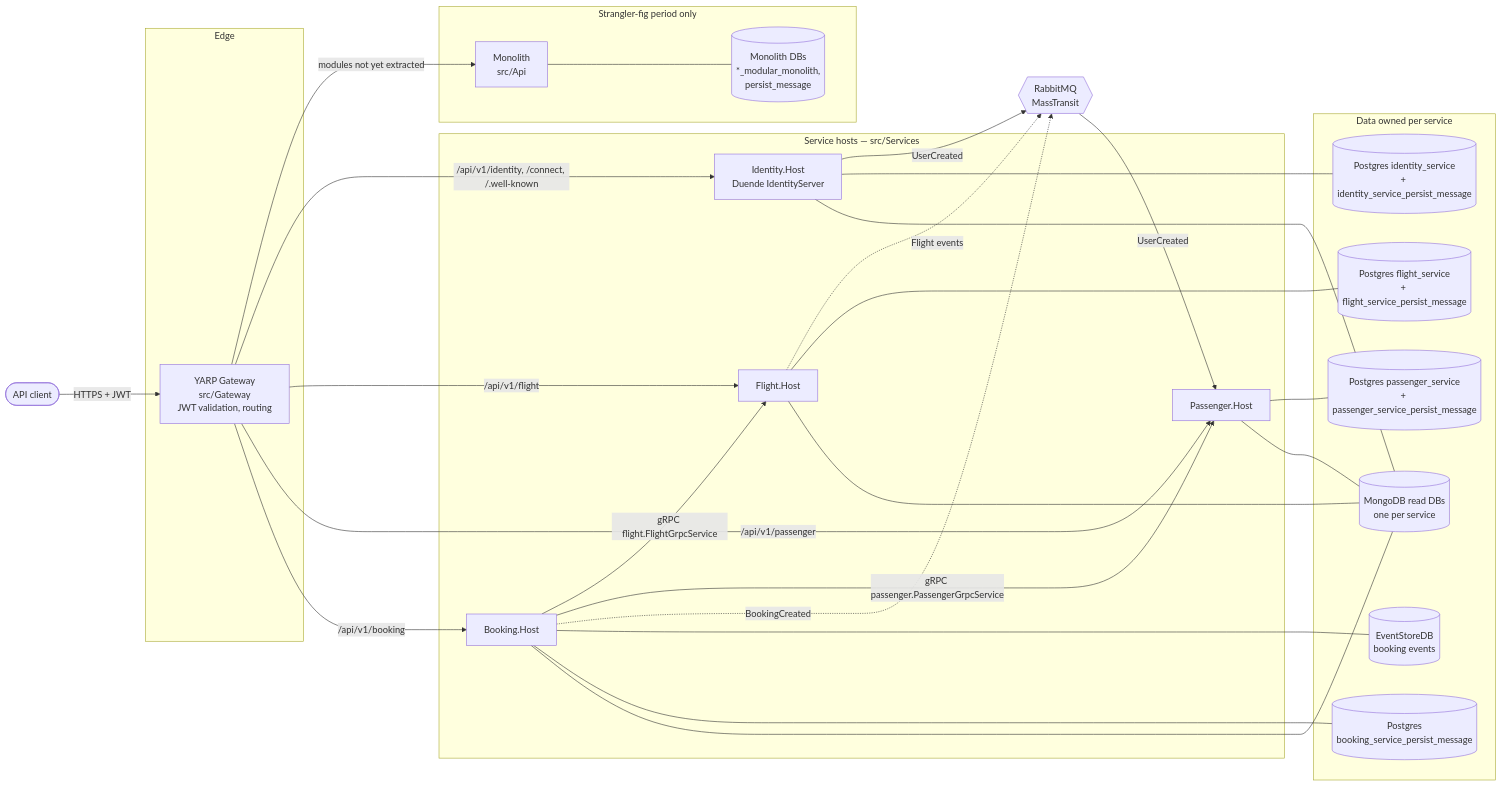
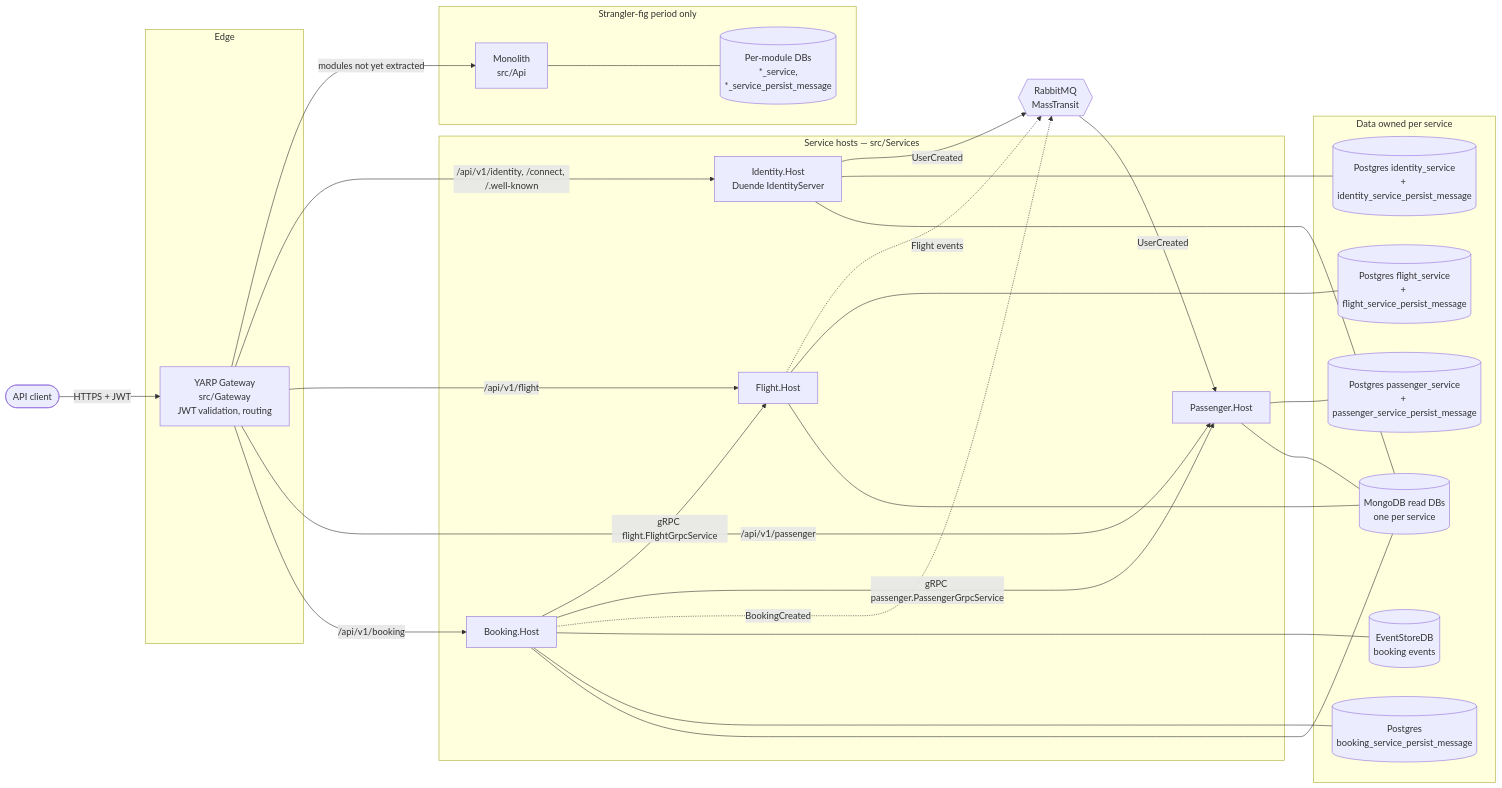
The first of 2 diagrams in docs/architecture/target-architecture.md (COG-GTM/booking-modular-monolith), drawn with Mermaid before and after one commit. The commit also changed 47 other files, not shown here.

Commit message:
feat(persistence): isolate per-service databases and outbox/inbox (AB-492)

````diff
--- a/docs/architecture/target-architecture.md
+++ b/docs/architecture/target-architecture.md
@@ -13,57 +13,57 @@
 ```mermaid
 flowchart LR
     client([API client])
 
     subgraph edge[Edge]
       gw[YARP Gateway<br/>src/Gateway<br/>JWT validation, routing]
     end
 
     subgraph legacy[Strangler-fig period only]
       mono[Monolith<br/>src/Api]
-      monodb[(Monolith DBs<br/>*_modular_monolith,<br/>persist_message)]
+      monodb[(Per-module DBs<br/>*_service,<br/>*_service_persist_message)]
       mono --- monodb
     end
 
     subgraph services[Service hosts — src/Services]
       identity[Identity.Host<br/>Duende IdentityServer]
       flight[Flight.Host]
       passenger[Passenger.Host]
       booking[Booking.Host]
     end
 
     subgraph data[Data owned per service]
       idpg[(Postgres identity_service<br/>+ identity_service_persist_message)]
       fpg[(Postgres flight_service<br/>+ flight_service_persist_message)]
       ppg[(Postgres passenger_service<br/>+ passenger_service_persist_message)]
       esdb[(EventStoreDB<br/>booking events)]
       bpg[(Postgres<br/>booking_service_persist_message)]
       mongo[(MongoDB read DBs<br/>one per service)]
     end
 
     mq{{RabbitMQ<br/>MassTransit}}
 
     client -->|HTTPS + JWT| gw
     gw -->|modules not yet extracted| mono
     gw -->|/api/v1/identity, /connect, /.well-known| identity
     gw -->|/api/v1/flight| flight
     gw -->|/api/v1/passenger| passenger
     gw -->|/api/v1/booking| booking
 
     booking -->|gRPC flight.FlightGrpcService| flight
     booking -->|gRPC passenger.PassengerGrpcService| passenger
 
     identity -->|UserCreated| mq
     mq -->|UserCreated| passenger
     flight -.->|Flight events| mq
     booking -.->|BookingCreated| mq
 
     identity --- idpg
     flight --- fpg
     passenger --- ppg
     booking --- esdb
     booking --- bpg
     identity --- mongo
     flight --- mongo
     passenger --- mongo
     booking --- mongo
 ```
````
